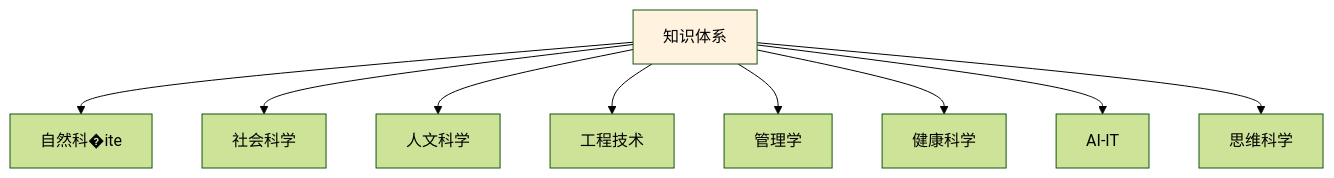
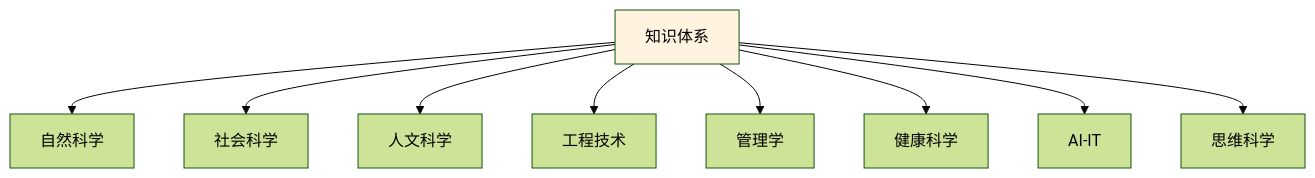
One commit to wxyClark/wxyClark.github.io changed the first of 2 diagrams in content/index.md. Above: the diagram before and after it, drawn with Mermaid (forest theme). The commit also changed 96 other files, not shown here.

````diff
--- a/content/index.md
+++ b/content/index.md
@@ -20,13 +20,13 @@
 ```mermaid
 graph TB
-    ROOT[知识体系] --> NS[自然科�ite]
+    ROOT[知识体系] --> NS[自然科学]
     ROOT --> SS[社会科学]
     ROOT --> HUM[人文科学]
     ROOT --> ENG[工程技术]
     ROOT --> MGT[管理学]
     ROOT --> HLT[健康科学]
     ROOT --> AI[AI-IT]
     ROOT --> THK[思维科学]
 
     style ROOT fill:#fff3e0
 ```
````
